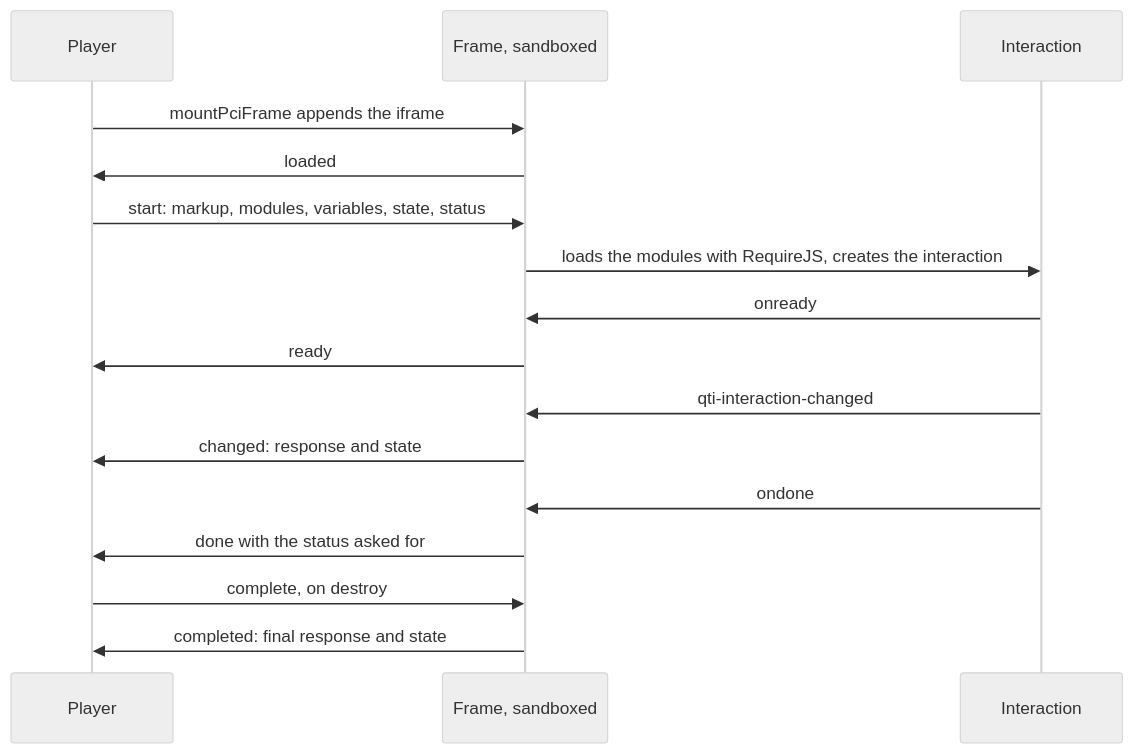
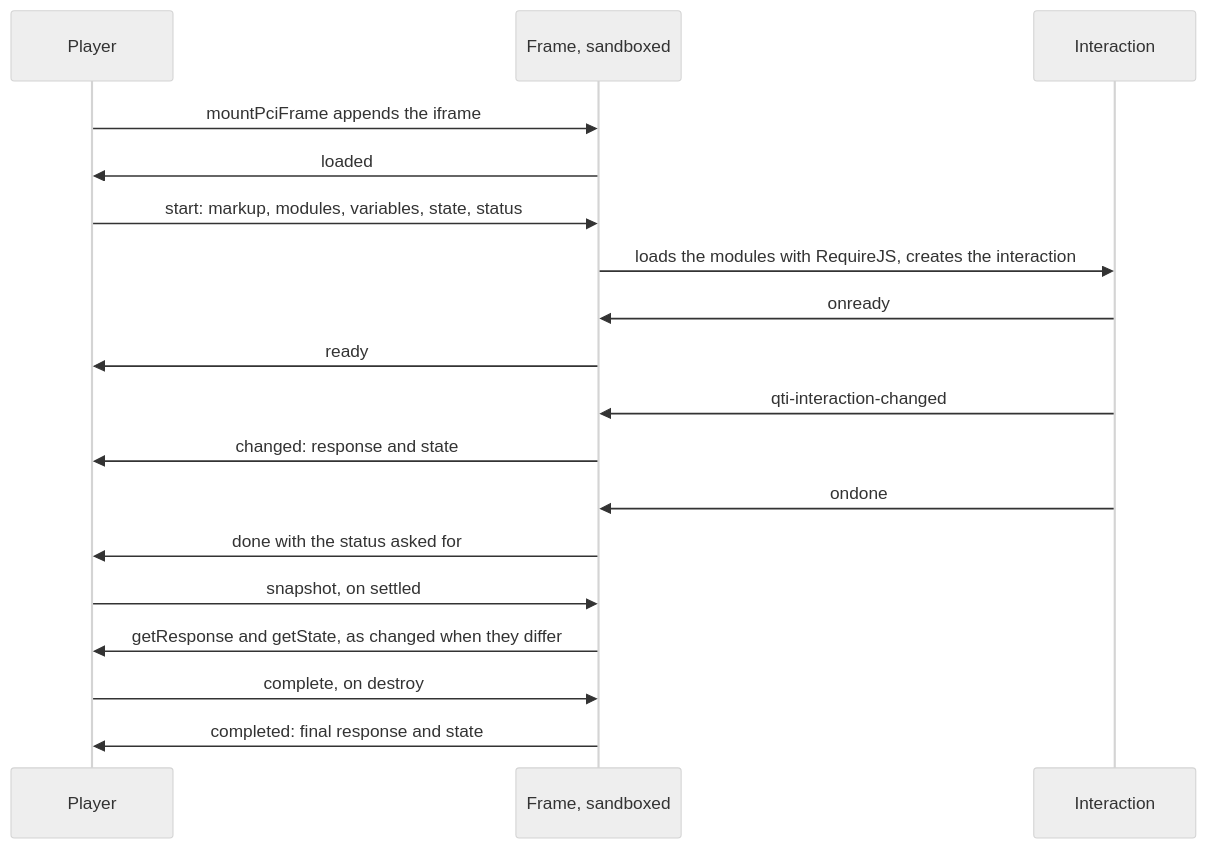
One commit to assesskit/assesskit changed the diagram in docs/player/pci.md. Above: the diagram before and after it, drawn with Mermaid (neutral theme). The commit also changed other lines of this file and 13 other files, not shown here.

Commit message:
Read the response of a portable custom interaction with getResponse before an action leaves the item, with PciFrame.settled, where one that fires no qti-interaction-changed, as the examples of 1EdTech do, had its response dropped with the completed event of its frame

````diff
--- a/docs/player/pci.md
+++ b/docs/player/pci.md
@@ -8,18 +8,20 @@
 ```mermaid
 sequenceDiagram
   participant P as Player
   participant F as Frame, sandboxed
   participant I as Interaction
   P->>F: mountPciFrame appends the iframe
   F->>P: loaded
   P->>F: start: markup, modules, variables, state, status
   F->>I: loads the modules with RequireJS, creates the interaction
   I->>F: onready
   F->>P: ready
   I->>F: qti-interaction-changed
   F->>P: changed: response and state
   I->>F: ondone
   F->>P: done with the status asked for
+  P->>F: snapshot, on settled
+  F->>P: getResponse and getState, as changed when they differ
   P->>F: complete, on destroy
   F->>P: completed: final response and state
 ```
````
